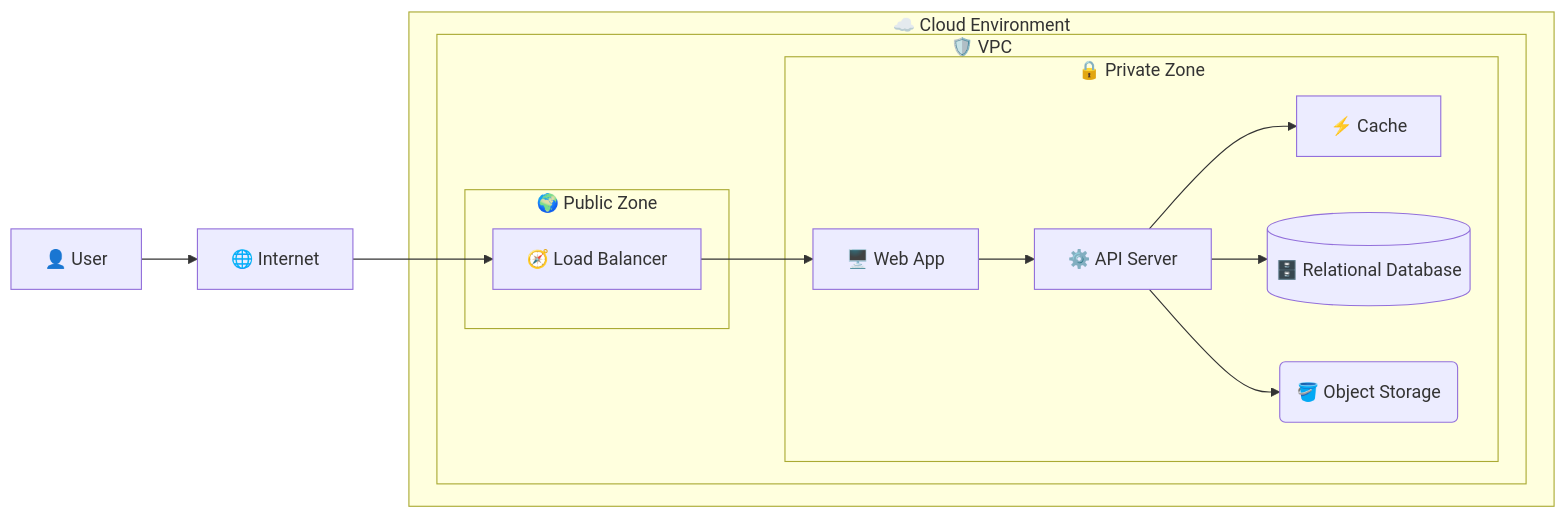
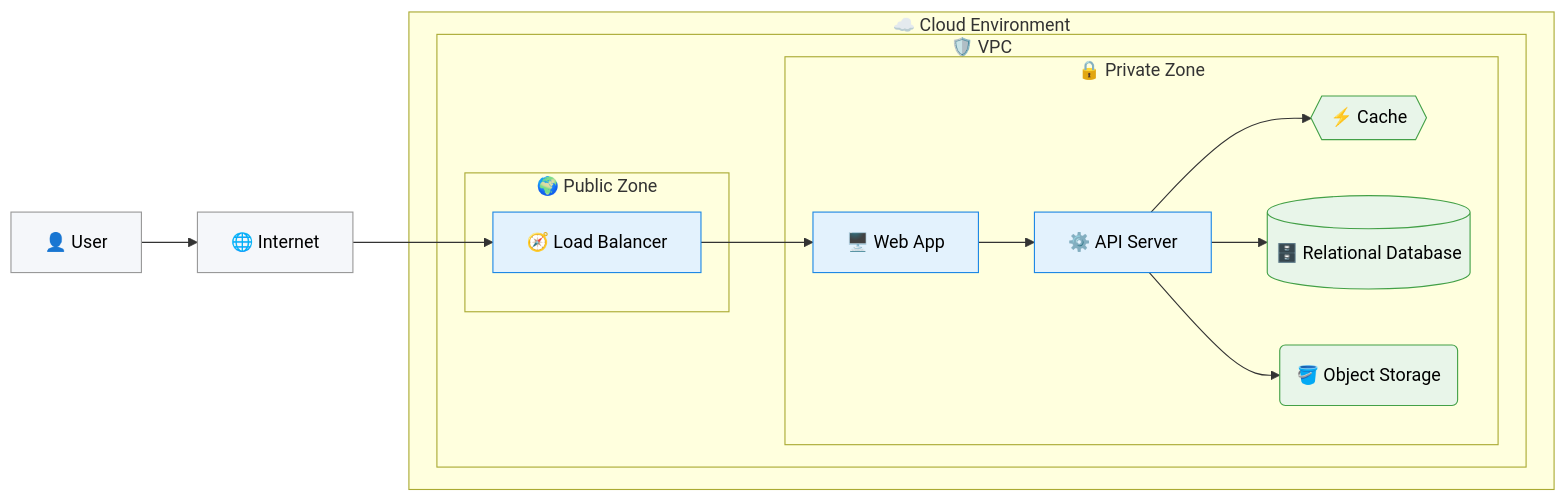
One commit to naoji3x/grandma-candy-shop changed diagram 11 of 11 in docs/project/030-アーキテクチャ/040-インフラ構成図/ifd-mermaid-rules.md. Above: the diagram before and after it, drawn with Mermaid. The commit also changed other lines of this file, not shown here.

Commit message:
docs(update): インフラ構成図の修正

````diff
--- a/docs/project/030-アーキテクチャ/040-インフラ構成図/ifd-mermaid-rules.md
+++ b/docs/project/030-アーキテクチャ/040-インフラ構成図/ifd-mermaid-rules.md
@@ -242,27 +249,35 @@
 ```mermaid
 flowchart LR
+  classDef boundary fill:#f5f7fa,stroke:#999,color:#000
+  classDef compute fill:#e3f2fd,stroke:#1e88e5,color:#000
+  classDef data fill:#e8f5e9,stroke:#43a047,color:#000
+
   user["👤 User"] --> internet["🌐 Internet"]
 
   subgraph Cloud["☁️ Cloud Environment"]
     subgraph VPC["🛡️ VPC"]
       subgraph Public["🌍 Public Zone"]
         lb["🧭 Load Balancer"]
       end
 
       subgraph Private["🔒 Private Zone"]
         web["🖥️ Web App"]
         api["⚙️ API Server"]
-        cache["⚡ Cache"]
+        cache{{"⚡ Cache"}}
         db[("🗄️ Relational Database")]
         storage("🪣 Object Storage")
       end
     end
   end
 
   internet --> lb
   lb --> web
   web --> api
   api --> cache
   api --> db
   api --> storage
+
+  class user,internet boundary
+  class lb,web,api compute
+  class cache,db,storage data
 ```
````
